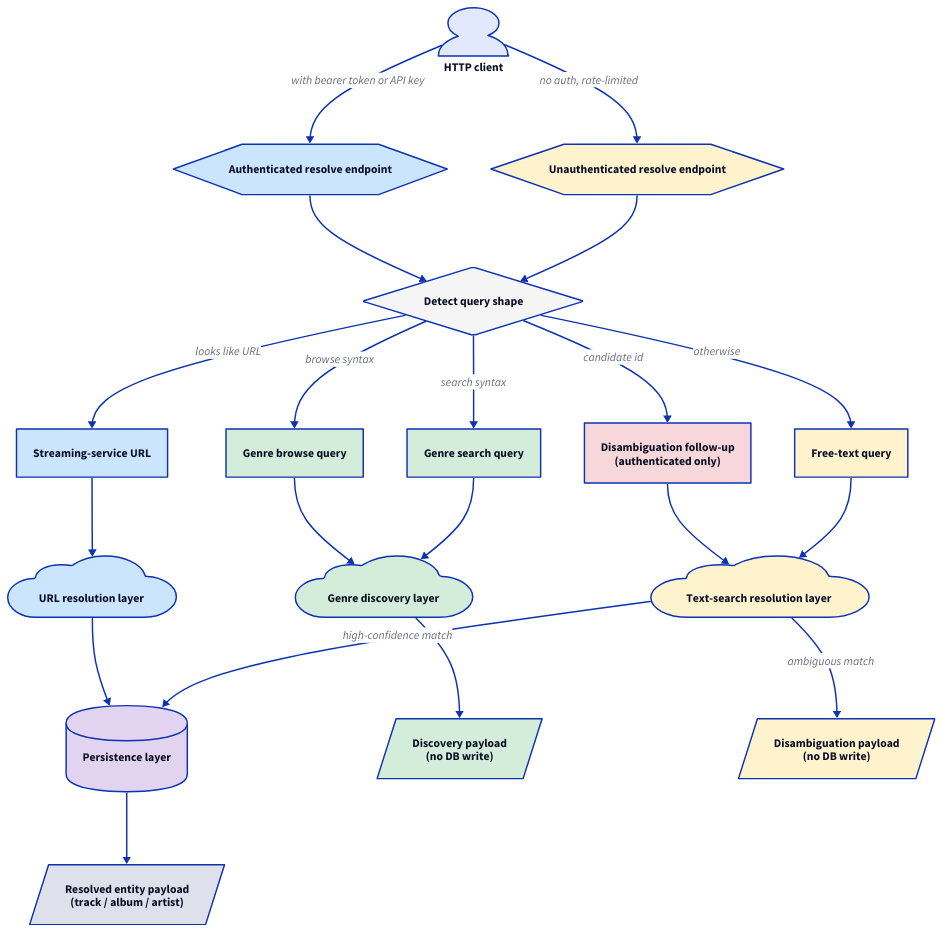
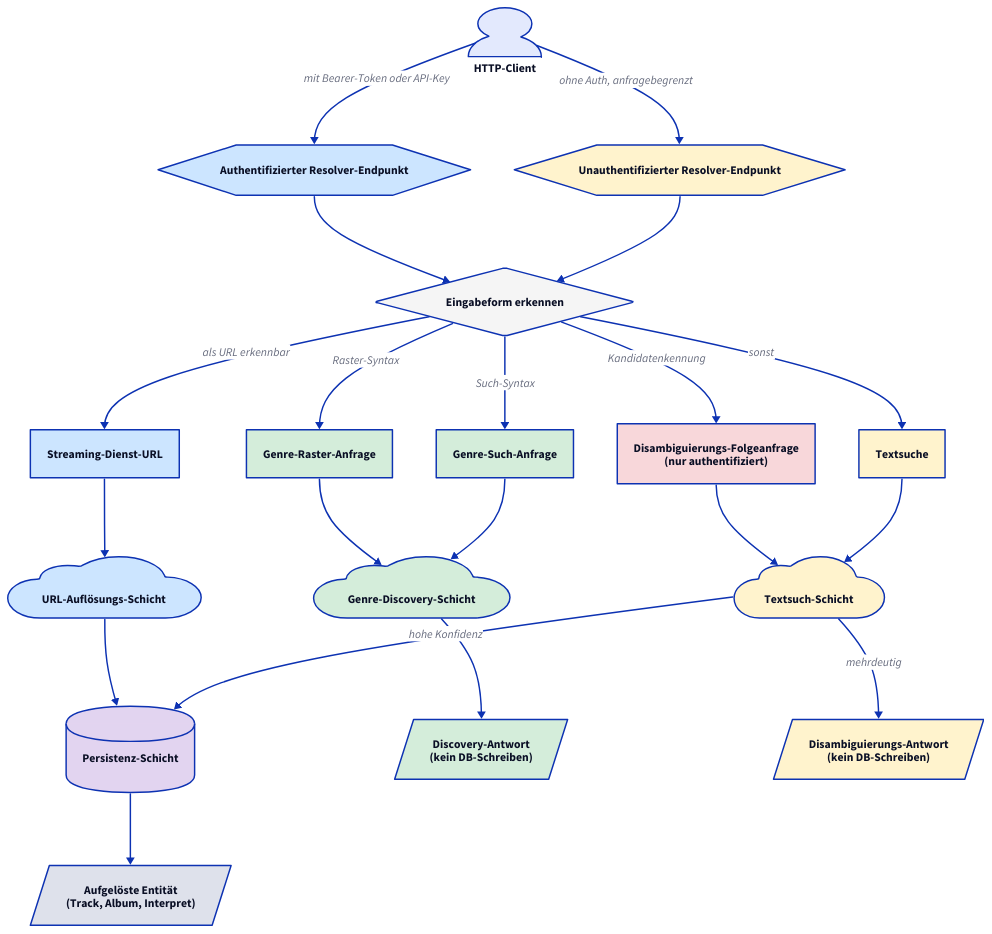
The diagram in docs/resolve-flow/diagrams/00-overview.d2 (phranck/musiccloud), drawn with D2 before and after one commit. The commit also changed 29 other files, not shown here.

First line of the commit message:
Docs: Translate resolve-flow diagrams to German

```diff
--- a/docs/resolve-flow/diagrams/00-overview.d2
+++ b/docs/resolve-flow/diagrams/00-overview.d2
@@ -1,101 +1,101 @@
-# Top-level dispatcher: which sub-flow handles the incoming query?
+# Dispatcher-Übersicht: welche Eingabeform geht in welchen Pfad?
 
 direction: down
 
-client: HTTP client {
+client: HTTP-Client {
   shape: person
 }
 
-post: "Authenticated resolve endpoint" {
+post: "Authentifizierter Resolver-Endpunkt" {
   shape: hexagon
   style.fill: "#cce5ff"
 }
 
-get: "Unauthenticated resolve endpoint" {
+get: "Unauthentifizierter Resolver-Endpunkt" {
   shape: hexagon
   style.fill: "#fff3cd"
 }
 
-client -> post: "with bearer token or API key"
-client -> get: "no auth, rate-limited"
+client -> post: "mit Bearer-Token oder API-Key"
+client -> get: "ohne Auth, anfragebegrenzt"
 
-dispatcher: "Detect query shape" {
+dispatcher: "Eingabeform erkennen" {
   shape: diamond
   style.fill: "#f5f5f5"
 }
 
 post -> dispatcher
 get -> dispatcher
 
-genre_browse: "Genre browse query" {
+genre_browse: "Genre-Raster-Anfrage" {
   shape: rectangle
   style.fill: "#d4edda"
 }
-genre_search: "Genre search query" {
+genre_search: "Genre-Such-Anfrage" {
   shape: rectangle
   style.fill: "#d4edda"
 }
-selected: "Disambiguation follow-up\n(authenticated only)" {
+selected: "Disambiguierungs-Folgeanfrage\n(nur authentifiziert)" {
   shape: rectangle
   style.fill: "#f8d7da"
 }
-url_input: "Streaming-service URL" {
+url_input: "Streaming-Dienst-URL" {
   shape: rectangle
   style.fill: "#cce5ff"
 }
-text_input: "Free-text query" {
+text_input: "Textsuche" {
   shape: rectangle
   style.fill: "#fff3cd"
 }
 
-dispatcher -> genre_browse: "browse syntax"
-dispatcher -> genre_search: "search syntax"
-dispatcher -> selected: "candidate id"
-dispatcher -> url_input: "looks like URL"
-dispatcher -> text_input: "otherwise"
+dispatcher -> genre_browse: "Raster-Syntax"
+dispatcher -> genre_search: "Such-Syntax"
+dispatcher -> selected: "Kandidatenkennung"
+dispatcher -> url_input: "als URL erkennbar"
+dispatcher -> text_input: "sonst"
 
-flow_genre: "Genre discovery layer" {
+flow_genre: "Genre-Discovery-Schicht" {
   shape: cloud
   style.fill: "#d4edda"
 }
 
-flow_url: "URL resolution layer" {
+flow_url: "URL-Auflösungs-Schicht" {
   shape: cloud
   style.fill: "#cce5ff"
 }
 
-flow_text: "Text-search resolution layer" {
+flow_text: "Textsuch-Schicht" {
   shape: cloud
   style.fill: "#fff3cd"
 }
 
 genre_browse -> flow_genre
 genre_search -> flow_genre
 selected -> flow_text
 url_input -> flow_url
 text_input -> flow_text
 
-persist: "Persistence layer" {
+persist: "Persistenz-Schicht" {
   shape: cylinder
   style.fill: "#e2d4f0"
 }
 
-response_track: "Resolved entity payload\n(track / album / artist)" {
+response_track: "Aufgelöste Entität\n(Track, Album, Interpret)" {
   shape: parallelogram
 }
 
-response_genre: "Discovery payload\n(no DB write)" {
+response_genre: "Discovery-Antwort\n(kein DB-Schreiben)" {
   shape: parallelogram
   style.fill: "#d4edda"
 }
 
-response_disambig: "Disambiguation payload\n(no DB write)" {
+response_disambig: "Disambiguierungs-Antwort\n(kein DB-Schreiben)" {
   shape: parallelogram
   style.fill: "#fff3cd"
 }
 
 flow_url -> persist
-flow_text -> persist: "high-confidence match"
-flow_text -> response_disambig: "ambiguous match"
+flow_text -> persist: "hohe Konfidenz"
+flow_text -> response_disambig: "mehrdeutig"
 flow_genre -> response_genre
 persist -> response_track
```
